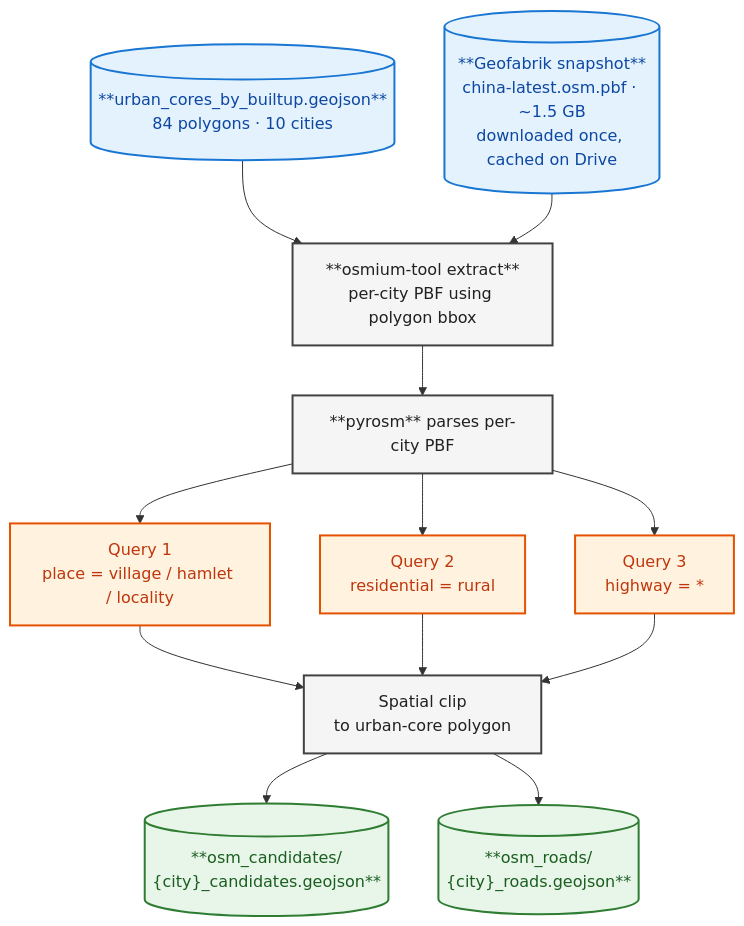
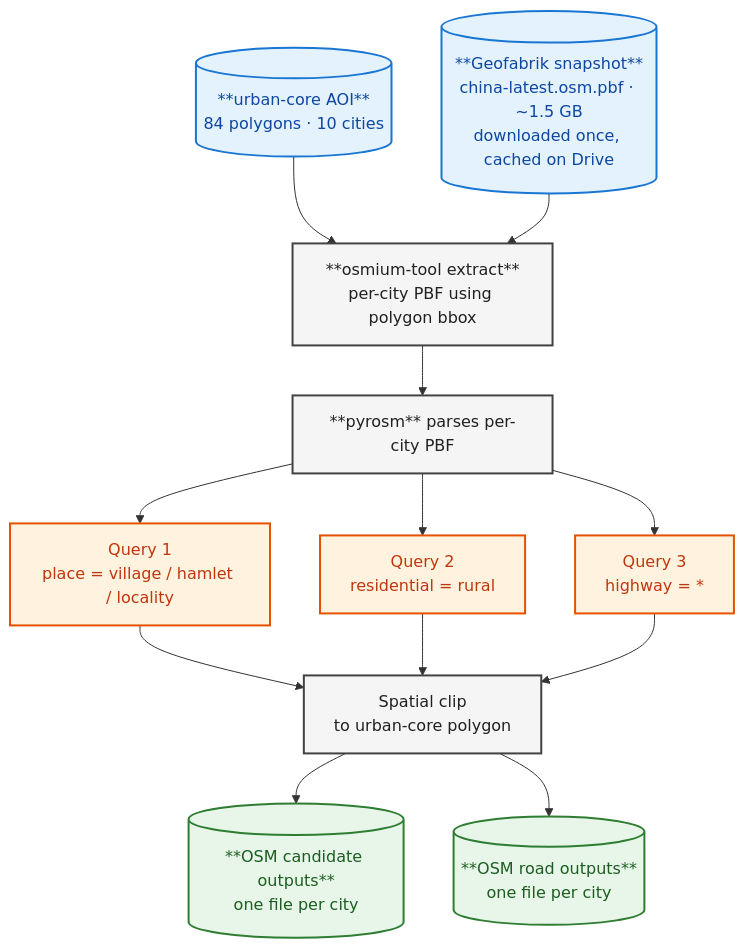
The third of 7 diagrams in README.md (Entao21/0069_coursework), drawn with Mermaid before and after one commit. The commit also changed other lines of this file and 2 other files, not shown here.

````diff
--- a/README.md
+++ b/README.md
@@ -255,30 +260,30 @@
 ```mermaid
 flowchart TB
-    A1[("**urban_cores_by_builtup.geojson**<br/>84 polygons · 10 cities")]
+    A1[("**urban-core AOI**<br/>84 polygons · 10 cities")]
     A2[("**Geofabrik snapshot**<br/>china-latest.osm.pbf · ~1.5 GB<br/>downloaded once, cached on Drive")]
 
     A1 --> C["**osmium-tool extract**<br/>per-city PBF using polygon bbox"]
     A2 --> C
     C --> D["**pyrosm** parses per-city PBF"]
 
     D --> Q1["Query 1<br/>place = village / hamlet / locality"]
     D --> Q2["Query 2<br/>residential = rural"]
     D --> Q3["Query 3<br/>highway = *"]
 
     Q1 --> E["Spatial clip<br/>to urban-core polygon"]
     Q2 --> E
     Q3 --> E
 
-    E --> O1[("**osm_candidates/<br/>&lcub;city&rcub;_candidates.geojson**")]
-    E --> O2[("**osm_roads/<br/>&lcub;city&rcub;_roads.geojson**")]
+    E --> O1[("**OSM candidate outputs**<br/>one file per city")]
+    E --> O2[("**OSM road outputs**<br/>one file per city")]
 
     classDef input fill:#E3F2FD,stroke:#1976D2,stroke-width:2px,color:#0D47A1
     classDef process fill:#F5F5F5,stroke:#424242,stroke-width:2px,color:#212121
     classDef query fill:#FFF3E0,stroke:#E65100,stroke-width:2px,color:#BF360C
     classDef output fill:#E8F5E9,stroke:#2E7D32,stroke-width:2px,color:#1B5E20
 
     class A1,A2 input
     class C,D,E process
     class Q1,Q2,Q3 query
     class O1,O2 output
 ```
````
